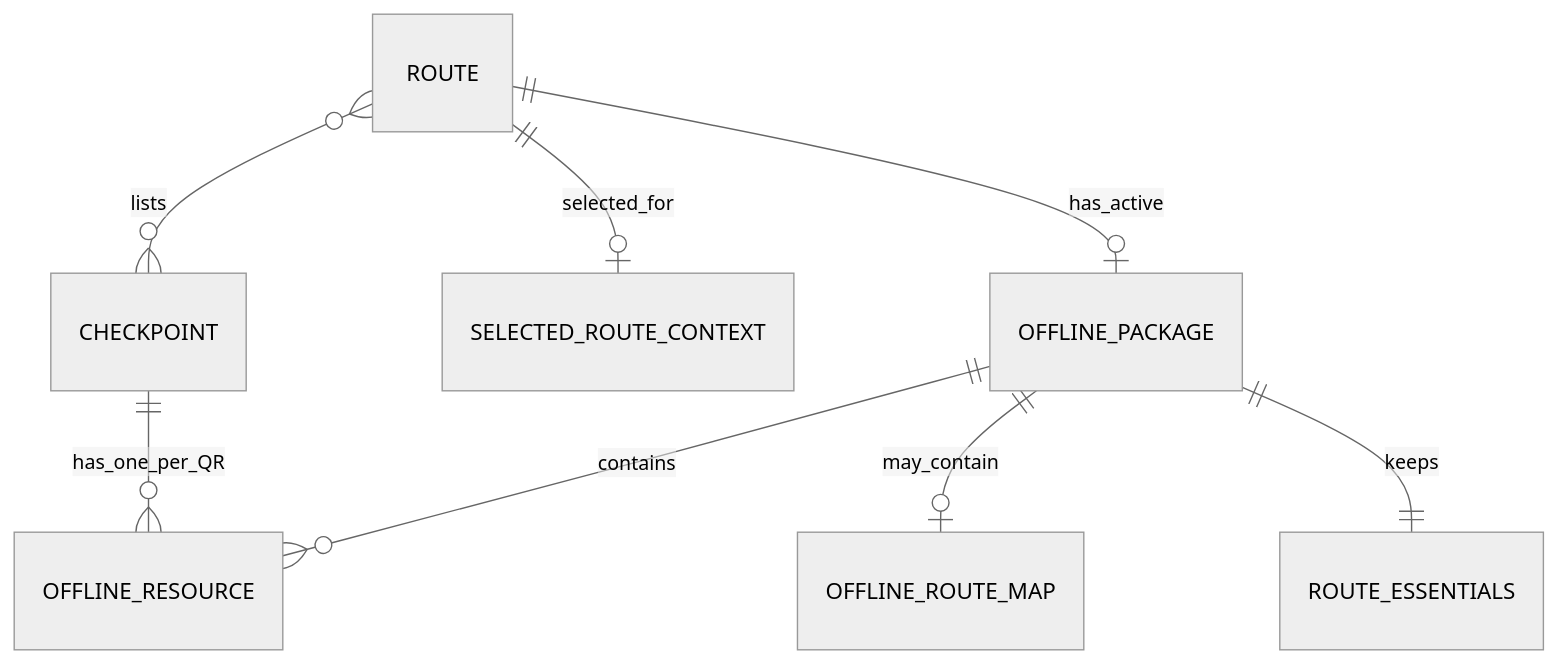
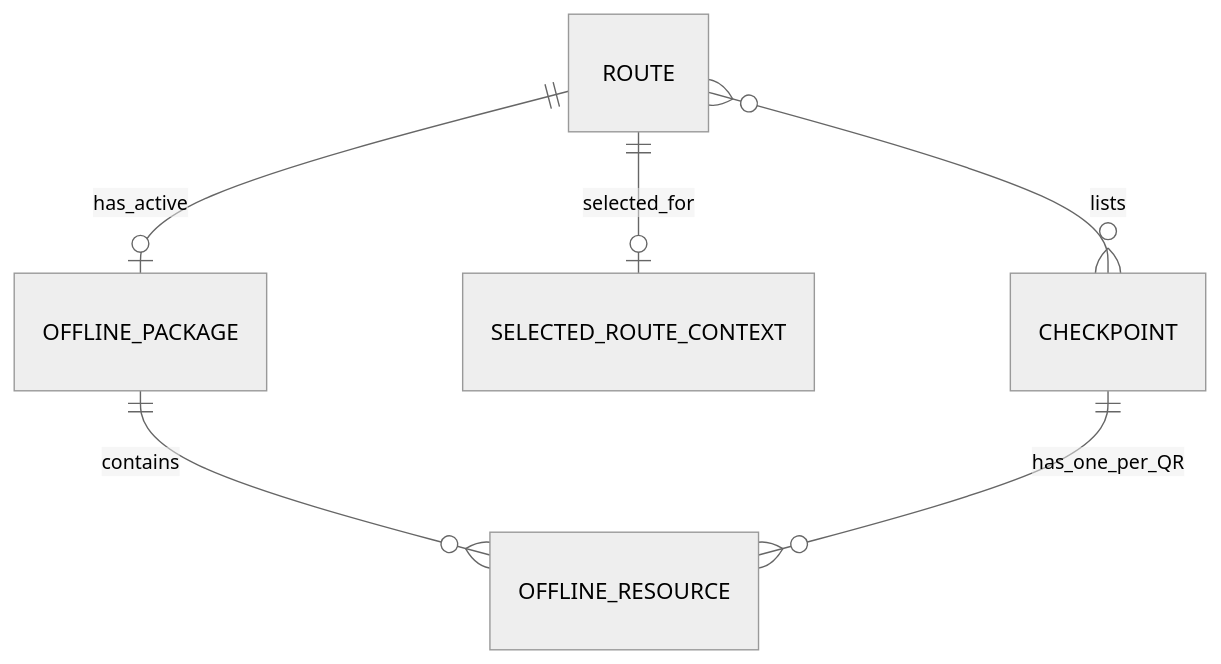
The fourth of 4 diagrams in docs/spec/spec-M01.md (MckhueVanPhuc/Refactor-Cuc-Phuong), drawn with Mermaid (neutral theme) before and after one commit. The commit also changed other lines of this file and 11 other files, not shown here.

````diff
--- a/docs/spec/spec-M01.md
+++ b/docs/spec/spec-M01.md
@@ -478,10 +478,8 @@
 ```mermaid
 erDiagram
     ROUTE }o--o{ CHECKPOINT : lists
     ROUTE ||--o| SELECTED_ROUTE_CONTEXT : selected_for
     ROUTE ||--o| OFFLINE_PACKAGE : has_active
     OFFLINE_PACKAGE ||--o{ OFFLINE_RESOURCE : contains
-    OFFLINE_PACKAGE ||--o| OFFLINE_ROUTE_MAP : may_contain
-    OFFLINE_PACKAGE ||--|| ROUTE_ESSENTIALS : keeps
     CHECKPOINT ||--o{ OFFLINE_RESOURCE : has_one_per_QR
 ```
````
